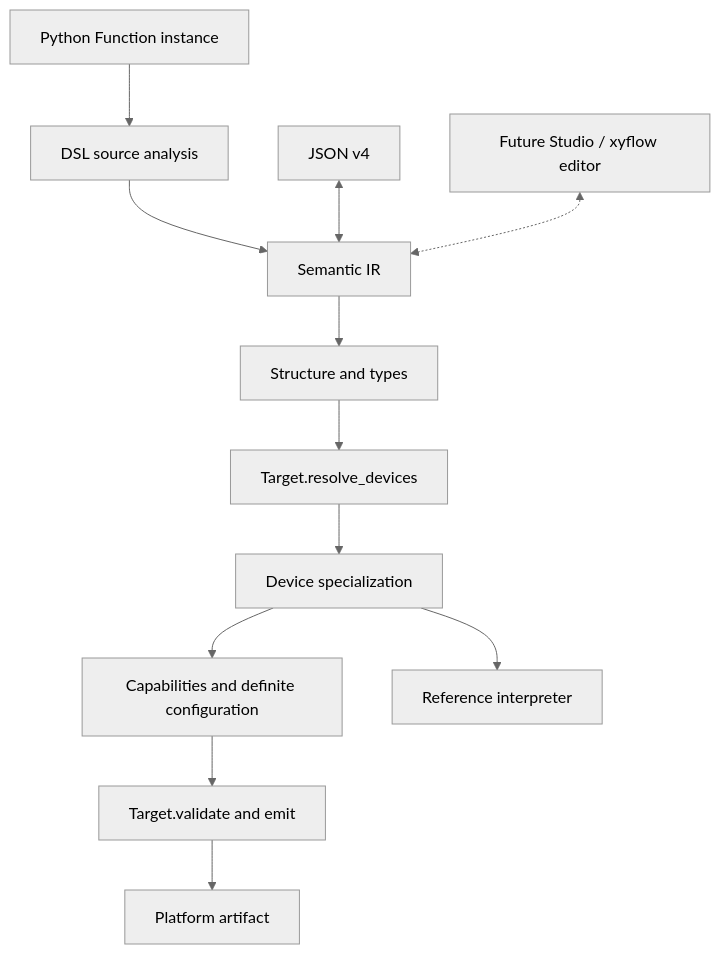
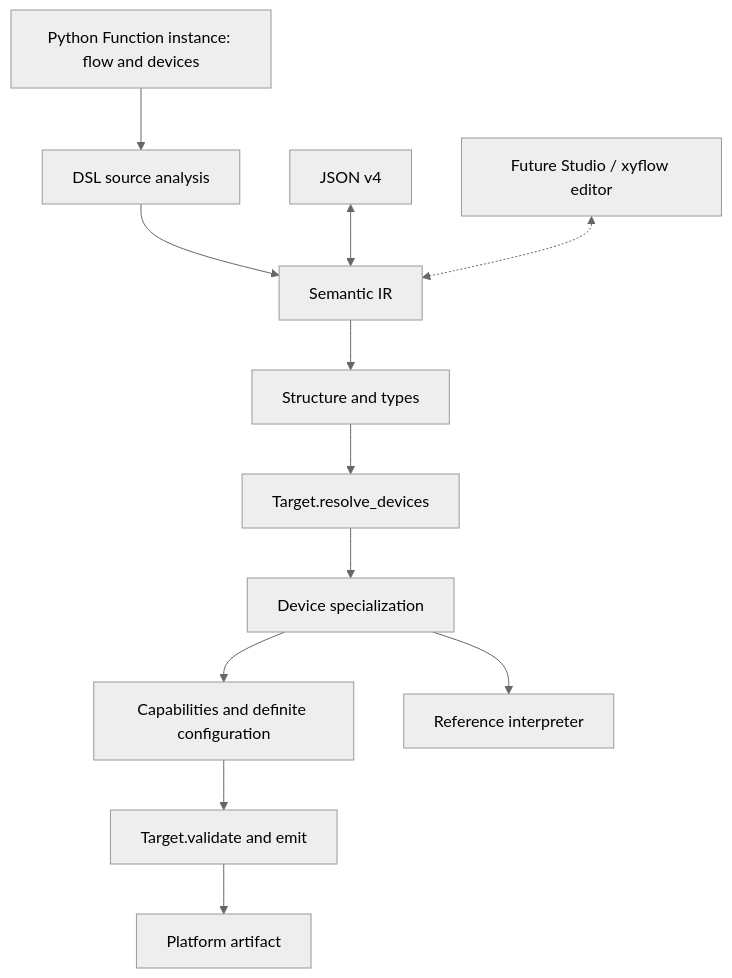
Before and after one commit to TsumiNa/sciloom: the diagram in website/docs/developer/architecture.md, drawn with Mermaid (neutral theme). The commit also changed other lines of this file and 24 other files, not shown here.

First line of the commit message:
Separate the authoring vocabulary from the source analysis (#47)

````diff
--- a/website/docs/developer/architecture.md
+++ b/website/docs/developer/architecture.md
@@ -6,14 +6,14 @@
 ```mermaid
 flowchart TD
-    Python["Python Function instance"] --> DSL["DSL source analysis"]
+    Python["Python Function instance: flow and devices"] --> DSL["DSL source analysis"]
     DSL --> IR["Semantic IR"]
     JSON["JSON v4"] <--> IR
     IR --> Validate["Structure and types"]
     Validate --> Resolve["Target.resolve_devices"]
     Resolve --> Specialize["Device specialization"]
     Specialize --> Config["Capabilities and definite configuration"]
     Config --> Target["Target.validate and emit"]
     Target --> Artifact["Platform artifact"]
     Specialize --> Interpreter["Reference interpreter"]
     Future["Future Studio / xyflow editor"] <-.-> IR
 ```
````
